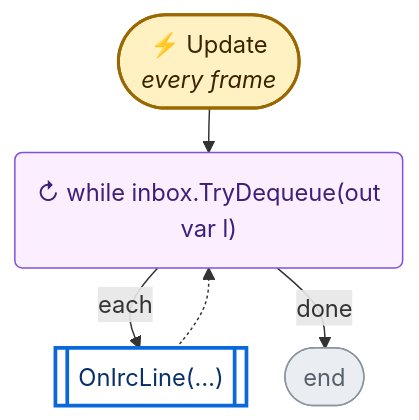
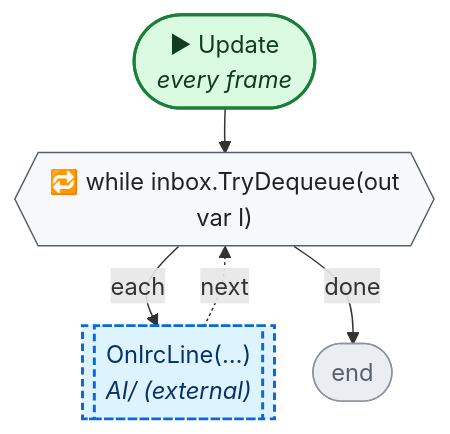
The third of 8 diagrams in CodeGraph~/graph/AI/UnifiedChat.cs.md (nataiai/Lord-of-the-Dungeon), drawn with Mermaid before and after one commit. The commit also changed other lines of this file and 44 other files, not shown here.

````diff
--- a/CodeGraph~/graph/AI/UnifiedChat.cs.md
+++ b/CodeGraph~/graph/AI/UnifiedChat.cs.md
@@ -130,32 +140,36 @@
 ```mermaid
 ---
 config:
   flowchart:
     wrappingWidth: 260
     nodeSpacing: 26
     rankSpacing: 30
 ---
 flowchart TD
-  nS(["⚡ Update<br><i>every frame</i>"])
-  n21784f("  ↻ while inbox.TryDequeue(out<br>var l)  ")
-  n83041a[["OnIrcLine(…)"]]
+  nS(["▶ Update<br><i>every frame</i>"])
+  n21784f{{"🔁 while inbox.TryDequeue(out<br>var l)"}}
+  n83041a[["OnIrcLine(…)<br><i>AI/ (external)</i>"]]
   nE(["end"])
   nS --> n21784f
   n21784f -->|each| n83041a
-  n83041a -.-> n21784f
+  n83041a -.->|next| n21784f
   n21784f -->|done| nE
-  classDef unity fill:#fff1c2,stroke:#9a6700,stroke-width:2px,color:#3b2300
-  classDef start fill:#ddf4ff,stroke:#0969da,stroke-width:2px,color:#0a3069
-  classDef calc fill:#f6f8fa,stroke:#d0d7de,color:#57606a
-  classDef calls fill:#ffffff,stroke:#0969da,stroke-width:2.5px,color:#0a3069
-  classDef cond fill:#ffffff,stroke:#6e7781,stroke-width:1.5px,color:#1f2328
-  classDef loop fill:#fbefff,stroke:#8250df,color:#3e1f79
-  classDef exit fill:#eaeef2,stroke:#57606a,color:#24292f
-  classDef wait fill:#fff8f0,stroke:#bc4c00,color:#4d1d00
+  classDef unity fill:#dafbe1,stroke:#1a7f37,stroke-width:2px,color:#0f3d1d
+  classDef start fill:#dafbe1,stroke:#1a7f37,stroke-width:2px,color:#0f3d1d
+  classDef calc fill:#ffffff,stroke:#d0d7de,color:#57606a
+  classDef calls fill:#ddf4ff,stroke:#0969da,stroke-width:2px,color:#0a3069
+  classDef ext fill:#ddf4ff,stroke:#0969da,stroke-width:2px,stroke-dasharray:5 3,color:#0a3069
+  classDef cond fill:#fff8c5,stroke:#bf8700,stroke-width:1.5px,color:#3d2a00
+  classDef loop fill:#f6f8fa,stroke:#57606a,color:#1f2328
+  classDef exit fill:#ffebe9,stroke:#cf222e,color:#82071e
+  classDef kill fill:#ffebe9,stroke:#cf222e,stroke-width:2px,color:#82071e
+  classDef spawn fill:#dafbe1,stroke:#1a7f37,stroke-width:2px,color:#0f3d1d
+  classDef wait fill:#fff1e5,stroke:#bc4c00,color:#4d1d00
   classDef fin fill:#eaeef2,stroke:#8c959f,color:#57606a
   classDef join fill:#d0d7de,stroke:#8c959f,color:#57606a
-  class n83041a calls
+  classDef ghdr fill:#f5f9ff,stroke:#f5f9ff,color:#0a3069,font-weight:bold
+  class n83041a ext
   class nE fin
   class n21784f loop
   class nS unity
 ```
````
